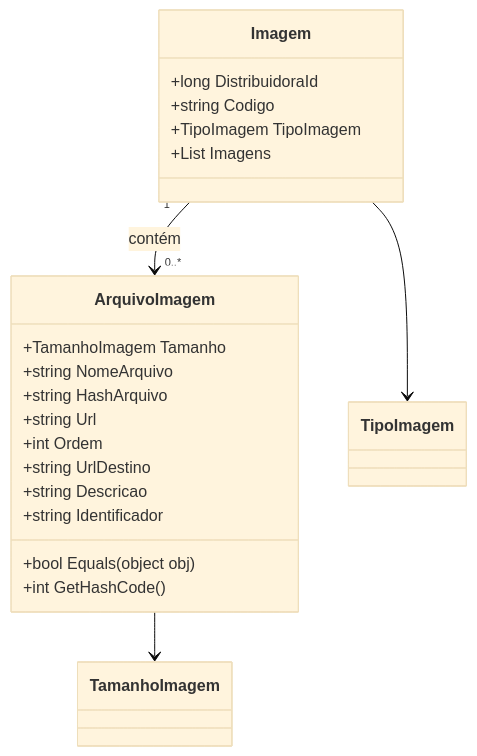
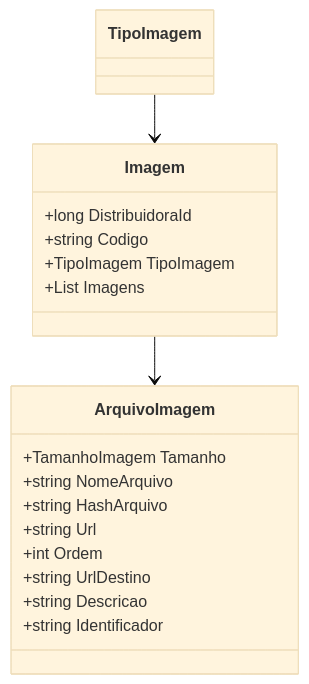
The first of 2 diagrams in docs/b2b-dominio/IsthmusWinthor.Nucleo/IsthmusWinthor.Dominio/POCO/Shared/Imagem.md (IsthmusSistemas/documentacao-tecnica), drawn with Mermaid (base theme) before and after one commit. The commit also changed other lines of this file and 882 other files, not shown here.

````diff
--- a/docs/b2b-dominio/IsthmusWinthor.Nucleo/IsthmusWinthor.Dominio/POCO/Shared/Imagem.md
+++ b/docs/b2b-dominio/IsthmusWinthor.Nucleo/IsthmusWinthor.Dominio/POCO/Shared/Imagem.md
@@ -37,26 +24,23 @@
 ```mermaid
 classDiagram
     class Imagem {
         +long DistribuidoraId
         +string Codigo
         +TipoImagem TipoImagem
         +List<ArquivoImagem> Imagens
     }
 
     class ArquivoImagem {
         +TamanhoImagem Tamanho
         +string NomeArquivo
         +string HashArquivo
         +string Url
         +int Ordem
         +string UrlDestino
         +string Descricao
         +string Identificador
-        +bool Equals(object obj)
-        +int GetHashCode()
     }
 
-    Imagem "1" --> "0..*" ArquivoImagem : contém
-    Imagem --> TipoImagem
-    ArquivoImagem --> TamanhoImagem
+    Imagem --> ArquivoImagem
+    TipoImagem --> Imagem
 ```
````
